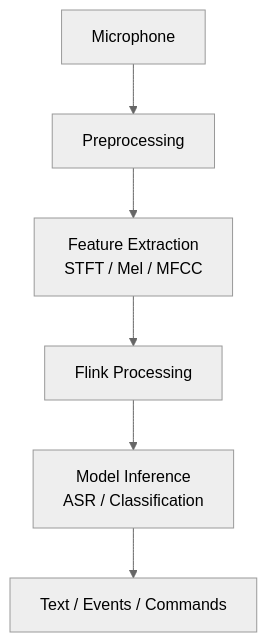
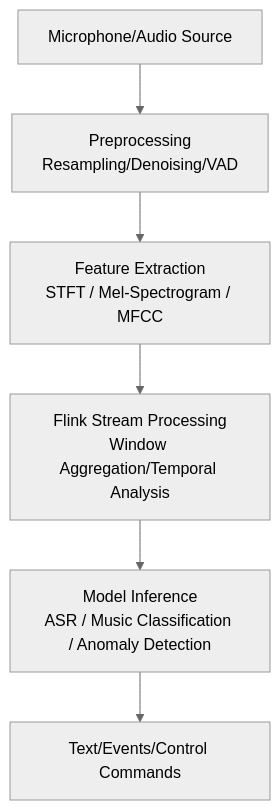
Before and after one commit to AdaMartin18010/AnalysisDataFlow: the first of 3 diagrams in en/audio-stream-processing.md, drawn with Mermaid (neutral theme). The commit also changed other lines of this file and 20 other files, not shown here.

````diff
--- a/en/audio-stream-processing.md
+++ b/en/audio-stream-processing.md
@@ -50,8 +37,8 @@
 ```mermaid
 graph TB
-    Mic[Microphone] --> Pre[Preprocessing]
-    Pre --> Feature[Feature Extraction<br/>STFT / Mel / MFCC]
-    Feature --> Flink[Flink Processing]
-    Flink --> Model[Model Inference<br/>ASR / Classification]
-    Model --> Output[Text / Events / Commands]
+    Mic[Microphone/Audio Source] --> Pre[Preprocessing<br/>Resampling/Denoising/VAD]
+    Pre --> Feature[Feature Extraction<br/>STFT / Mel-Spectrogram / MFCC]
+    Feature --> Flink[Flink Stream Processing<br/>Window Aggregation/Temporal Analysis]
+    Flink --> Model[Model Inference<br/>ASR / Music Classification / Anomaly Detection]
+    Model --> Output[Text/Events/Control Commands]
 ```
````
